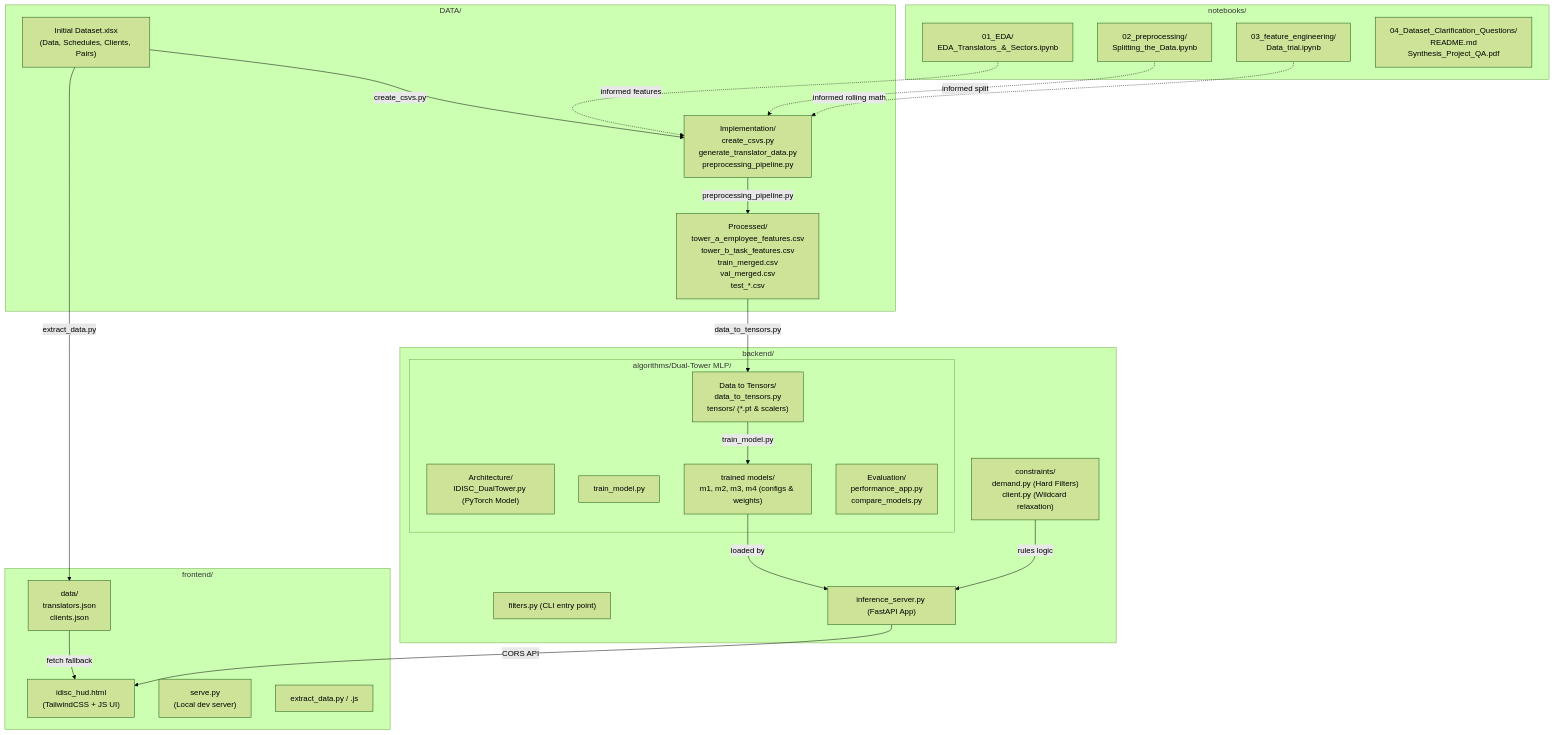
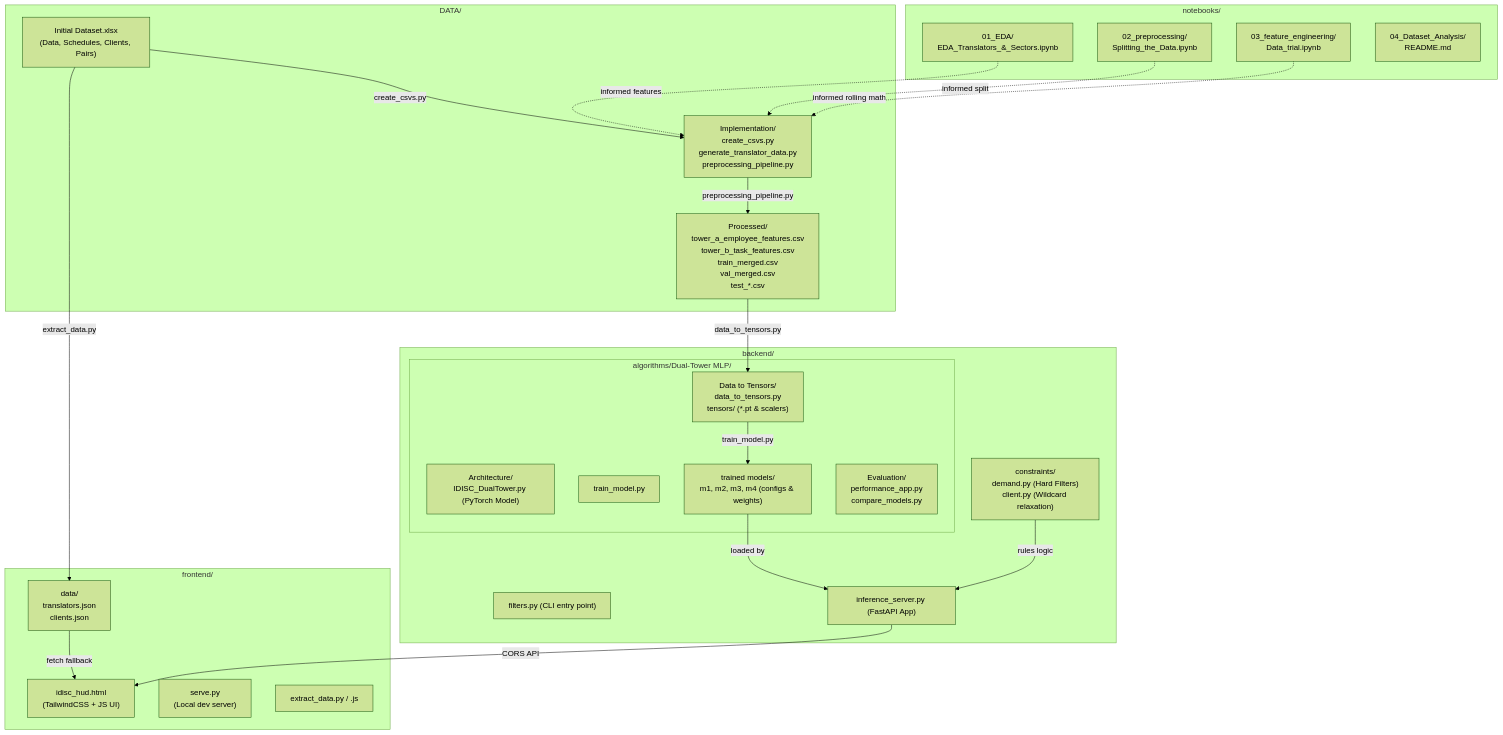
The first of 2 diagrams in README.md (dtruebaperiago/translator-assignment-automation), drawn with Mermaid (forest theme) before and after one commit. The commit also changed other lines of this file and 85 other files, not shown here.

````diff
--- a/README.md
+++ b/README.md
@@ -35,54 +35,54 @@
 ```mermaid
 graph TD
     %% Folders
     subgraph DATA_Folder [DATA/]
         DATA_Raw["Initial Dataset.xlsx<br>(Data, Schedules, Clients, Pairs)"]
         DATA_Scripts["Implementation/<br>create_csvs.py<br>generate_translator_data.py<br>preprocessing_pipeline.py"]
         DATA_Processed["Processed/<br>tower_a_employee_features.csv<br>tower_b_task_features.csv<br>train_merged.csv<br>val_merged.csv<br>test_*.csv"]
     end
 
     subgraph Notebooks_Folder [notebooks/]
         NB_01["01_EDA/<br>EDA_Translators_&_Sectors.ipynb"]
         NB_02["02_preprocessing/<br>Splitting_the_Data.ipynb"]
         NB_03["03_feature_engineering/<br>Data_trial.ipynb"]
-        NB_04["04_Dataset_Clarification_Questions/<br>README.md<br>Synthesis_Project_QA.pdf"]
+        NB_04["04_Dataset_Analysis/<br>README.md<br>"]
     end
 
     subgraph Backend_Folder [backend/]
         BE_Constraints["constraints/<br>demand.py (Hard Filters)<br>client.py (Wildcard relaxation)"]
         BE_Filters["filters.py (CLI entry point)"]
         BE_Server["inference_server.py (FastAPI App)"]
         subgraph DualTower_Folder [algorithms/Dual-Tower MLP/]
             DT_Arch["Architecture/<br>IDISC_DualTower.py (PyTorch Model)"]
             DT_Tensors["Data to Tensors/<br>data_to_tensors.py<br>tensors/ (*.pt & scalers)"]
             DT_Train["train_model.py"]
             DT_Models["trained models/<br>m1, m2, m3, m4 (configs & weights)"]
             DT_Eval["Evaluation/<br>performance_app.py<br>compare_models.py"]
         end
     end
 
     subgraph Frontend_Folder [frontend/]
         FE_App["idisc_hud.html<br>(TailwindCSS + JS UI)"]
         FE_Serve["serve.py<br>(Local dev server)"]
         FE_Data["data/<br>translators.json<br>clients.json"]
         FE_Extract["extract_data.py / .js"]
     end
 
     %% Data flow connections
     DATA_Raw -->|create_csvs.py| DATA_Scripts
     DATA_Scripts -->|preprocessing_pipeline.py| DATA_Processed
     DATA_Processed -->|data_to_tensors.py| DT_Tensors
     DT_Tensors -->|train_model.py| DT_Models
     
     %% API / File usage connections
     FE_Data -->|fetch fallback| FE_App
     DATA_Raw -->|extract_data.py| FE_Data
     BE_Server -->|CORS API| FE_App
     DT_Models -->|loaded by| BE_Server
     BE_Constraints -->|rules logic| BE_Server
     
     %% EDA influence
     NB_01 -.->|informed features| DATA_Scripts
     NB_02 -.->|informed split| DATA_Scripts
     NB_03 -.->|informed rolling math| DATA_Scripts
 ```
````
